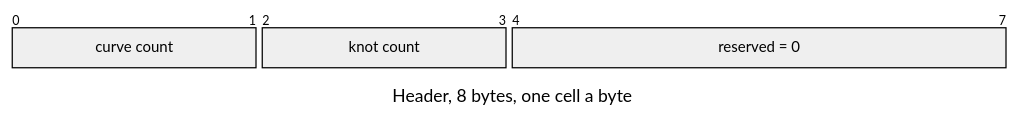
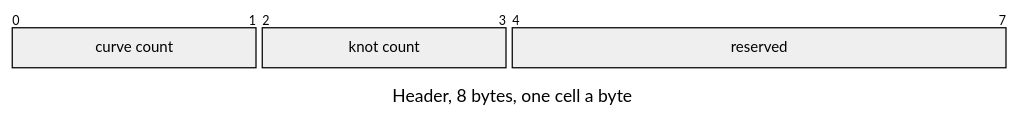
One commit to jose-villegas/autana changed the first of 3 diagrams in docs/assets/formats/LCRV.md. Above: the diagram before and after it, drawn with Mermaid. The commit also changed other lines of this file and 1 other file, not shown here.

Commit message:
docs: LCRV boxes filled by role; thin-curve citations carry their numbers

````diff
--- a/docs/assets/formats/LCRV.md
+++ b/docs/assets/formats/LCRV.md
@@ -6,13 +6,14 @@
 ```mermaid
 ---
 config:
+  themeCSS: "g:nth-of-type(2) rect:nth-of-type(1) { fill: #93d6b0 !important; } g:nth-of-type(2) rect:nth-of-type(2) { fill: #93d6b0 !important; } g:nth-of-type(2) rect:nth-of-type(3) { fill: #ffffff !important; stroke-dasharray: 4 3 !important; } .packetLabel { fill: #1b1b1b !important; }"
   packet:
     bitsPerRow: 8
     bitWidth: 100
 ---
 packet-beta
 title Header, 8 bytes, one cell a byte
 0-1: "curve count"
 2-3: "knot count"
-4-7: "reserved = 0"
+4-7: "reserved"
 ```
````
